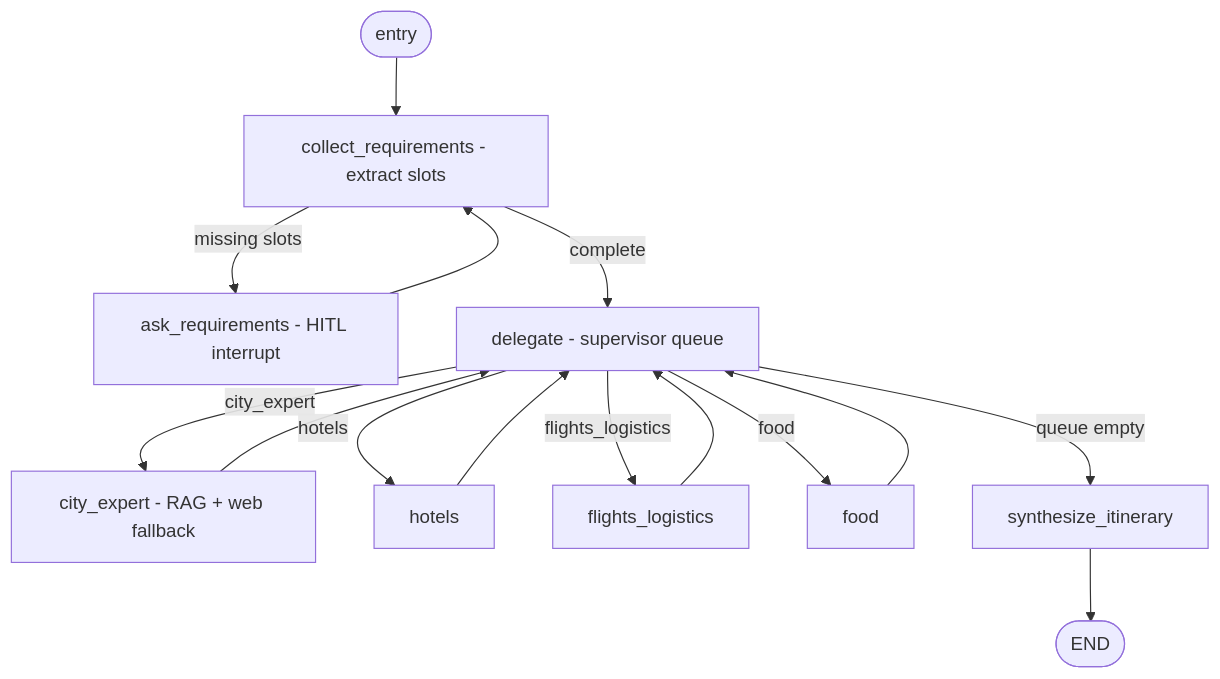
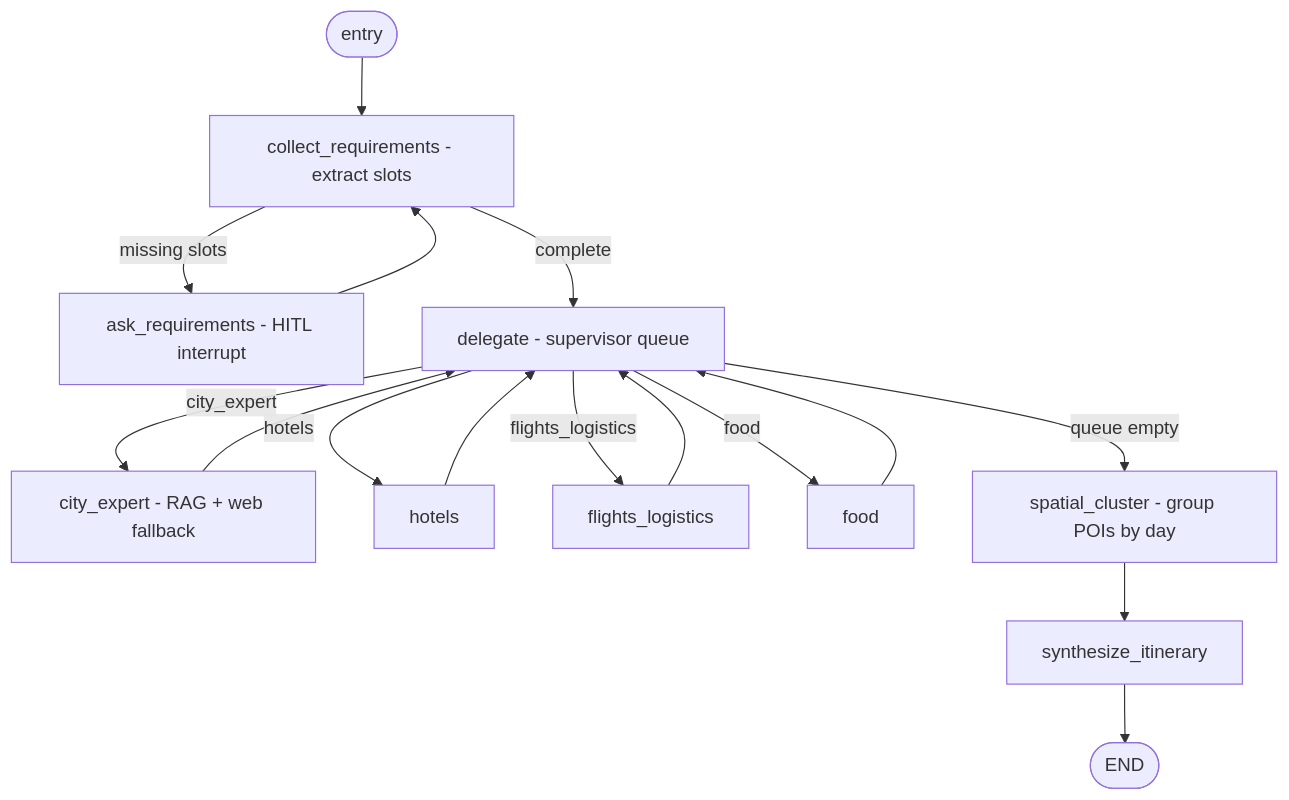
The first of 2 diagrams in docs/travel-planner.md (eng-mostafa-alrahal/autonomous-travel-guide), drawn with Mermaid before and after one commit. The commit also changed other lines of this file and 19 other files, not shown here.

````diff
--- a/docs/travel-planner.md
+++ b/docs/travel-planner.md
@@ -7,17 +7,18 @@
 ```mermaid
 flowchart TD
     Start([entry]) --> Collect[collect_requirements - extract slots]
     Collect -->|missing slots| Ask[ask_requirements - HITL interrupt]
     Ask --> Collect
     Collect -->|complete| Delegate[delegate - supervisor queue]
     Delegate -->|city_expert| City[city_expert - RAG + web fallback]
     Delegate -->|hotels| Hotels[hotels]
     Delegate -->|flights_logistics| Flights[flights_logistics]
     Delegate -->|food| Food[food]
     City --> Delegate
     Hotels --> Delegate
     Flights --> Delegate
     Food --> Delegate
-    Delegate -->|queue empty| Synth[synthesize_itinerary]
+    Delegate -->|queue empty| Cluster[spatial_cluster - group POIs by day]
+    Cluster --> Synth[synthesize_itinerary]
     Synth --> EndNode([END])
 ```
````
